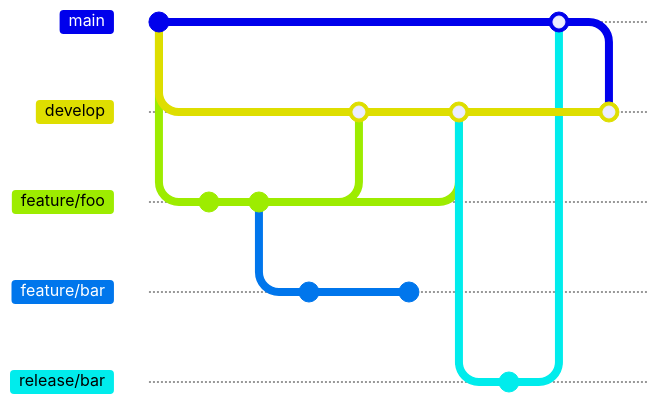
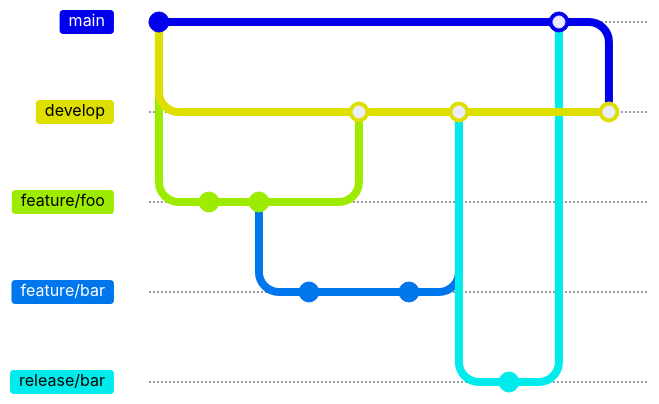
One commit to murilobeltrame/vsd-cloud-e-devops changed the diagram in docs/Git e GitHub/Branching e Merging.md. Above: the diagram before and after it, drawn with Mermaid. Commit ids are hidden.

Commit message:
corrigindo grafico

````diff
--- a/docs/Git e GitHub/Branching e Merging.md
+++ b/docs/Git e GitHub/Branching e Merging.md
@@ -12,26 +12,26 @@
 ```mermaid
 gitGraph
     commit
     branch develop
     checkout develop
     branch feature/foo
     checkout feature/foo
     commit
     commit
     branch feature/bar
     checkout feature/bar
     commit
     checkout develop
     merge feature/foo
     checkout feature/bar
     commit
     checkout develop
-    merge feature/foo
+    merge feature/bar
     branch release/bar
     checkout release/bar
     commit
     checkout main
     merge release/bar
     checkout develop
     merge main
 ```
````
